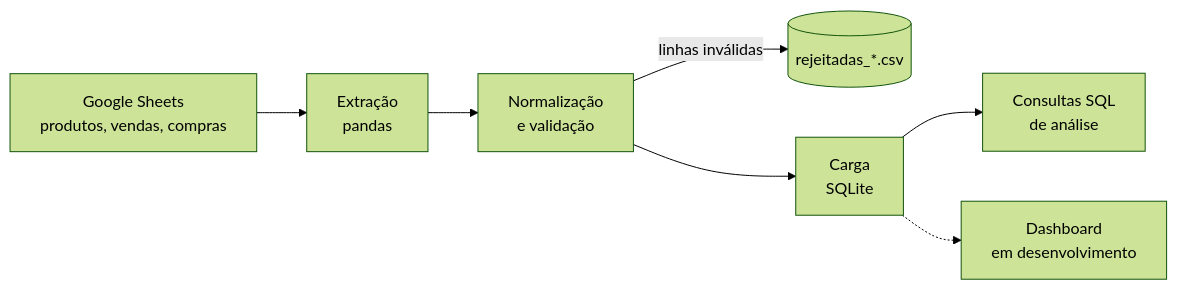
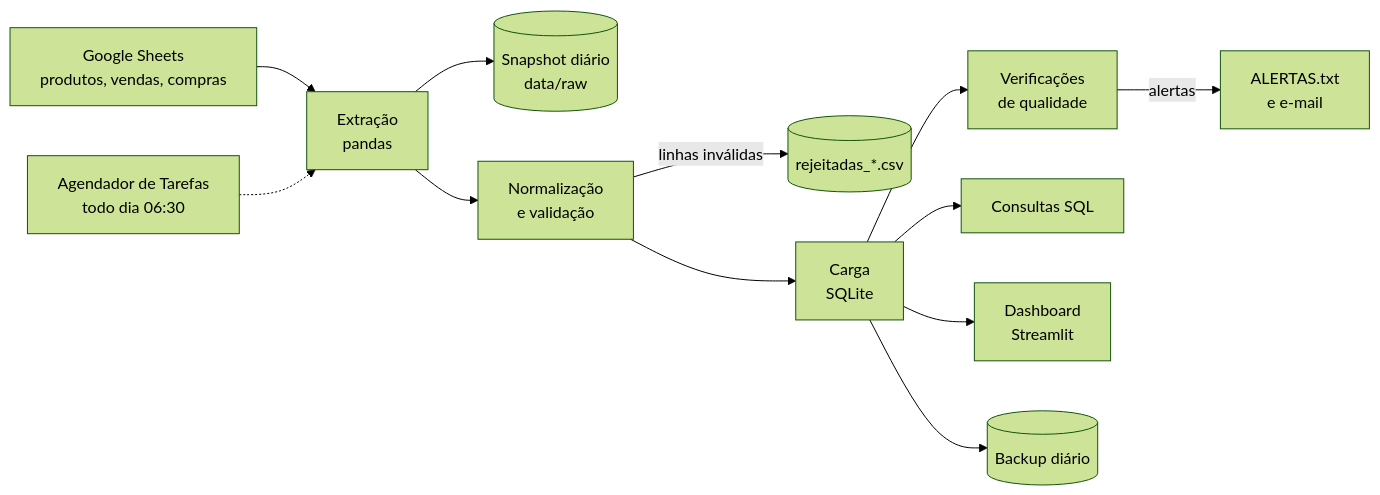
Before and after one commit to Richardlcian/loja-data-pipeline: the diagram in README.md, drawn with Mermaid (forest theme). The commit also changed other lines of this file and 3 other files, not shown here.

````diff
--- a/README.md
+++ b/README.md
@@ -21,9 +54,14 @@
 ```mermaid
 flowchart LR
     A[Google Sheets<br/>produtos, vendas, compras] --> B[Extração<br/>pandas]
+    B --> S[(Snapshot diário<br/>data/raw)]
     B --> C[Normalização<br/>e validação]
     C -->|linhas inválidas| D[(rejeitadas_*.csv)]
     C --> E[Carga<br/>SQLite]
-    E --> F[Consultas SQL<br/>de análise]
-    E -.-> G[Dashboard<br/>em desenvolvimento]
+    E --> K[Verificações<br/>de qualidade]
+    K -->|alertas| L[ALERTAS.txt<br/>e e-mail]
+    E --> F[Consultas SQL]
+    E --> G[Dashboard<br/>Streamlit]
+    E --> H[(Backup diário)]
+    T[Agendador de Tarefas<br/>todo dia 06:30] -.-> B
 ```
````
